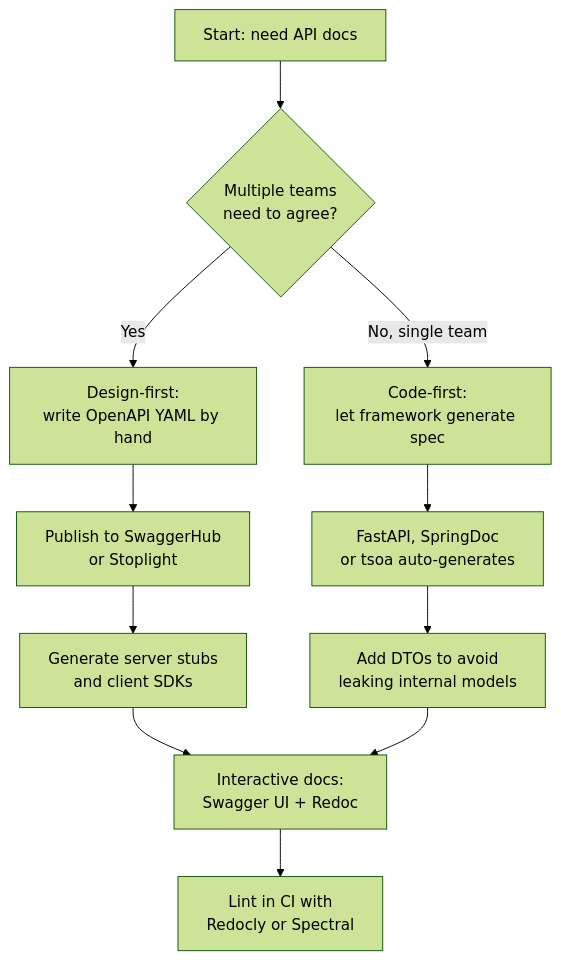
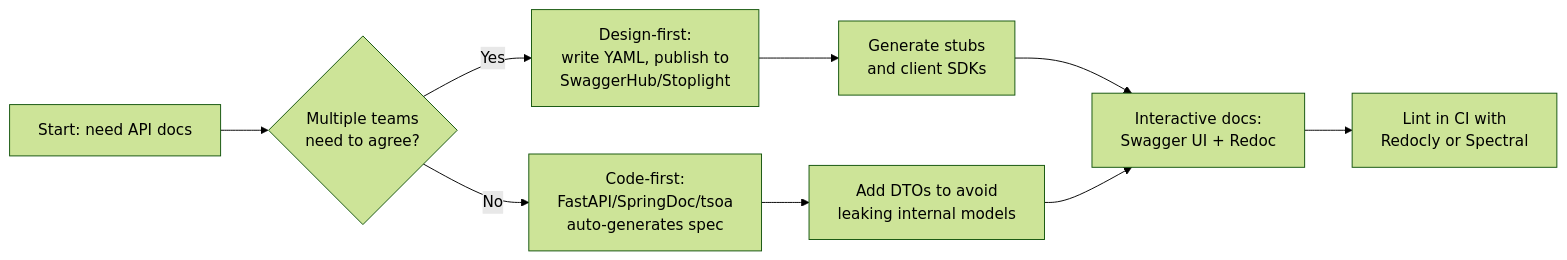
One commit to MathiasPaulenko/stack-practices-web changed the diagram in src/content/recipes/api/api-documentation-openapi.md. Above: the diagram before and after it, drawn with Mermaid (forest theme). The commit also changed other lines of this file and 4 other files, not shown here.

````diff
--- a/src/content/recipes/api/api-documentation-openapi.md
+++ b/src/content/recipes/api/api-documentation-openapi.md
@@ -105,13 +105,11 @@
 ```mermaid
-flowchart TD
+flowchart LR
     A["Start: need API docs"] --> B{"Multiple teams<br/>need to agree?"}
-    B -->|Yes| C["Design-first:<br/>write OpenAPI YAML by hand"]
-    B -->|No, single team| D["Code-first:<br/>let framework generate spec"]
-    C --> E["Publish to SwaggerHub<br/>or Stoplight"]
-    E --> F["Generate server stubs<br/>and client SDKs"]
-    D --> G["FastAPI, SpringDoc<br/>or tsoa auto-generates"]
-    G --> H["Add DTOs to avoid<br/>leaking internal models"]
-    F --> I["Interactive docs:<br/>Swagger UI + Redoc"]
-    H --> I
-    I --> J["Lint in CI with<br/>Redocly or Spectral"]
+    B -->|Yes| C["Design-first:<br/>write YAML, publish to<br/>SwaggerHub/Stoplight"]
+    B -->|No| D["Code-first:<br/>FastAPI/SpringDoc/tsoa<br/>auto-generates spec"]
+    C --> E["Generate stubs<br/>and client SDKs"]
+    D --> F["Add DTOs to avoid<br/>leaking internal models"]
+    E --> G["Interactive docs:<br/>Swagger UI + Redoc"]
+    F --> G
+    G --> H["Lint in CI with<br/>Redocly or Spectral"]
 ```
````
